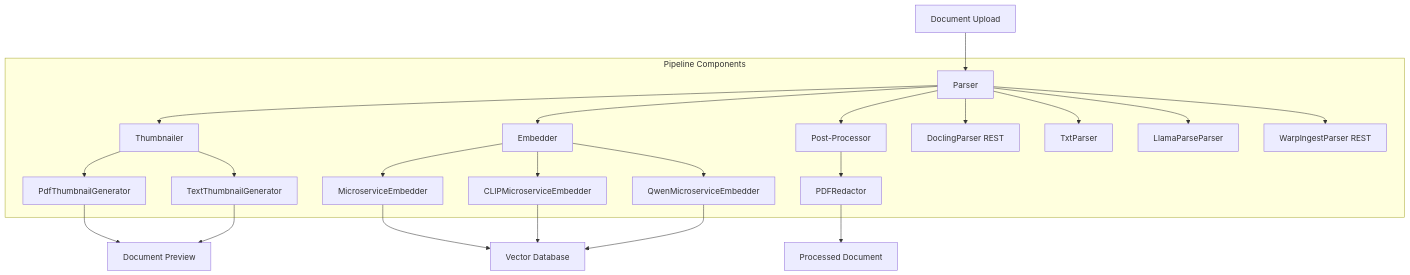
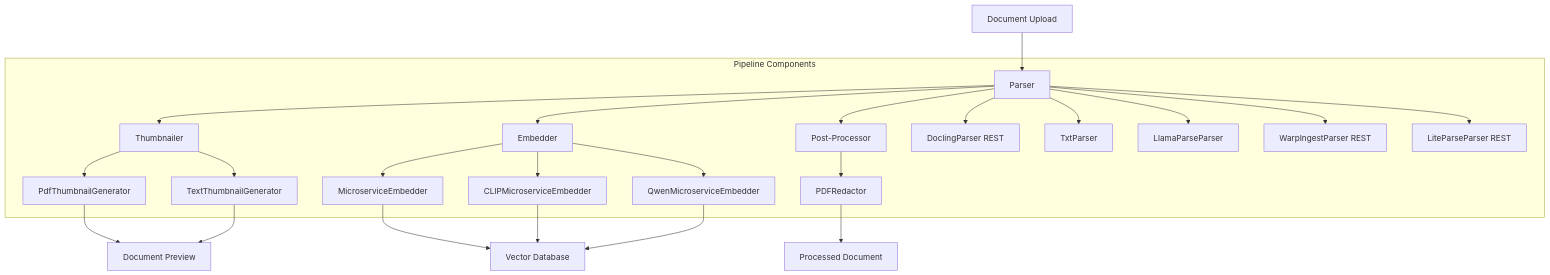
Before and after one commit to Open-Source-Legal/OpenContracts: the first of 2 diagrams in docs/pipelines/pipeline_overview.md, drawn with Mermaid. The commit also changed other lines of this file and 8 other files, not shown here.

First line of the commit message:
Wire the LiteParse service into the stack behind the liteparse profile

````diff
--- a/docs/pipelines/pipeline_overview.md
+++ b/docs/pipelines/pipeline_overview.md
@@ -17,30 +17,31 @@
 ```mermaid
 graph TD
     A[Document Upload] --> B[Parser]
     B --> C[Thumbnailer]
     B --> D[Embedder]
     B --> PP[Post-Processor]
 
     subgraph "Pipeline Components"
         B --> B1[DoclingParser REST]
         B --> B2[TxtParser]
         B --> B3[LlamaParseParser]
         B --> B4[WarpIngestParser REST]
+        B --> B5[LiteParseParser REST]
 
         C --> C1[PdfThumbnailGenerator]
         C --> C2[TextThumbnailGenerator]
 
         D --> D1[MicroserviceEmbedder]
         D --> D2[CLIPMicroserviceEmbedder]
         D --> D3[QwenMicroserviceEmbedder]
 
         PP --> PP1[PDFRedactor]
     end
 
     C1 --> E[Document Preview]
     C2 --> E
     D1 --> F[Vector Database]
     D2 --> F
     D3 --> F
     PP1 --> G[Processed Document]
 ```
````
